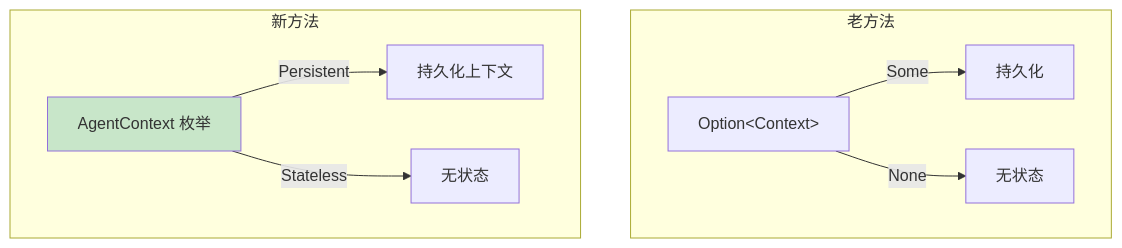
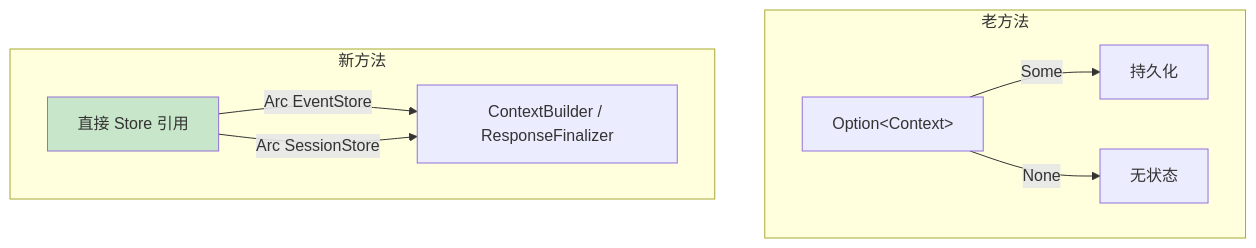
Before and after one commit to yeheng/nanobot-rs: diagram 12 of 20 in docs/architecture.md, drawn with Mermaid. The commit also changed other lines of this file and 10 other files, not shown here.

First line of the commit message:
docs: update AgentContext references after refactoring

````diff
--- a/docs/architecture.md
+++ b/docs/architecture.md
@@ -393,16 +393,16 @@
 ```mermaid
 flowchart TB
     subgraph 老方法
         O["Option&lt;Context&gt;"]
         O -->|Some| P[持久化]
         O -->|None| S[无状态]
     end
 
     subgraph 新方法
-        E["AgentContext 枚举"]
-        E -->|Persistent| P2[持久化上下文]
-        E -->|Stateless| S2[无状态]
+        E["直接 Store 引用"]
+        E -->|Arc EventStore| P2[ContextBuilder / ResponseFinalizer]
+        E -->|Arc SessionStore| P2
     end
 
     style E fill:#C8E6C9
 ```
````
